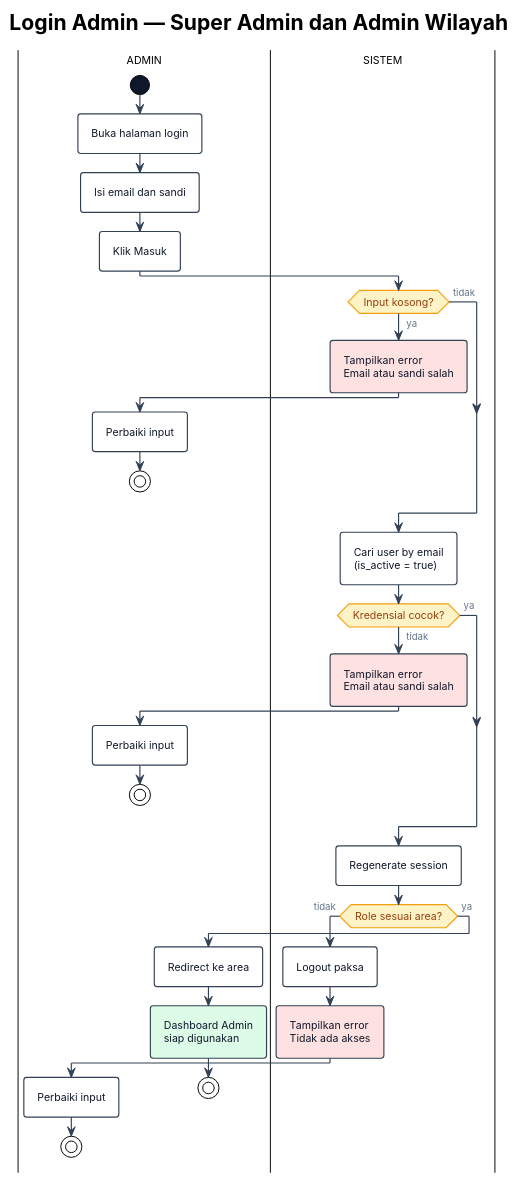
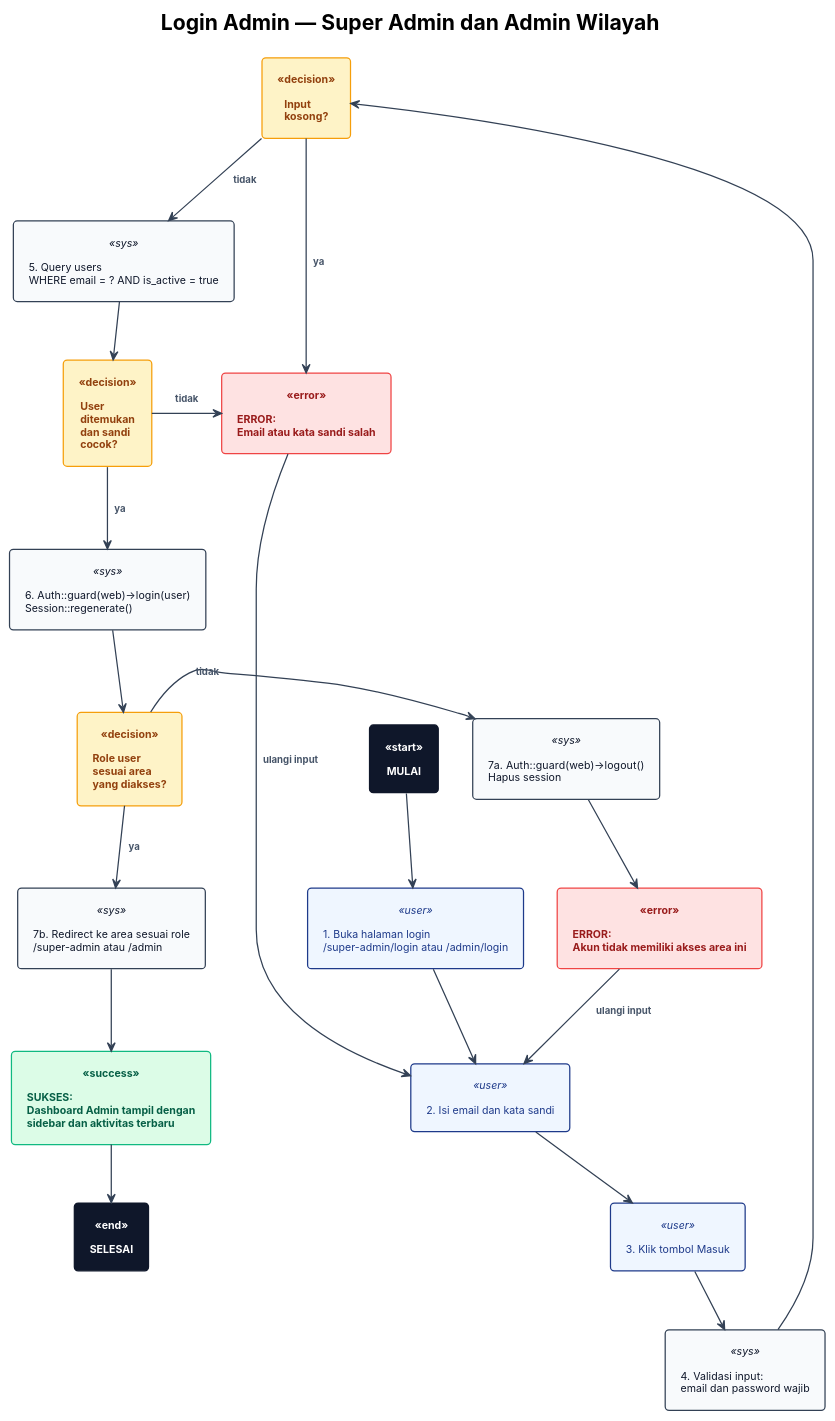
One commit to radacore/absensi-pu changed the diagram in docs/activity-diagrams/src/01-login-admin.puml. Above: the diagram before and after it, drawn with PlantUML. The commit also changed 2 other files, not shown here.

Commit message:
docs(diagram): ganti login admin ke flowchart plantuml biasa
tinggalkan sintaks activity swimlane karena hasil tetap kurang
rapi, ganti dengan rectangle-based flowchart plantuml pakai
stereotype untuk kategorisasi warna node:
- start end hitam pekat
- aktor biru muda
- sistem abu-abu putih
- keputusan kuning
- error merah muda
- sukses hijau muda

layout arah down dengan cabang samping untuk error, tiap node
diberi nomor urut supaya mudah dibaca dan dipetakan ke langkah
detail di catatan markdown

tambah legenda warna dan bagian langkah-langkah detail 8 poin
di markdown untuk melengkapi diagram, plus tetap dokumentasi
implementasi controller

```diff
--- a/docs/activity-diagrams/src/01-login-admin.puml
+++ b/docs/activity-diagrams/src/01-login-admin.puml
@@ -1,84 +1,117 @@
 @startuml 01-login-admin
 !theme plain
 title Login Admin — Super Admin dan Admin Wilayah
 
-' ── Skinparam global (kompak dan rapi) ────────────────────────
+' ── Skinparam ────────────────────────────────────────────────
 skinparam DefaultFontName "Inter"
 skinparam DefaultFontSize 11
-skinparam Padding 4
-skinparam RoundCorner 6
+skinparam Padding 6
+skinparam RoundCorner 8
 skinparam Shadowing false
 skinparam ArrowColor #334155
-skinparam ArrowThickness 1.2
-skinparam ArrowFontColor #64748B
+skinparam ArrowThickness 1.3
+skinparam ArrowFontColor #475569
 skinparam ArrowFontSize 10
+skinparam ArrowFontStyle bold
 
-' ── Activity ─────────────────────────────────────────────────
-skinparam ActivityBackgroundColor #FFFFFF
-skinparam ActivityBorderColor #334155
-skinparam ActivityBorderThickness 1.2
-skinparam ActivityFontColor #0F172A
-skinparam ActivityDiamondBackgroundColor #FEF3C7
-skinparam ActivityDiamondBorderColor #F59E0B
-skinparam ActivityDiamondBorderThickness 1.2
-skinparam ActivityDiamondFontColor #92400E
+skinparam rectangle {
+  BackgroundColor #FFFFFF
+  BorderColor #334155
+  BorderThickness 1.3
+  FontColor #0F172A
+}
 
-' ── Partition swimlane ───────────────────────────────────────
-skinparam PartitionBackgroundColor #F8FAFC
-skinparam PartitionBorderColor #1E3A8A
-skinparam PartitionBorderThickness 1.5
-skinparam PartitionFontStyle bold
-skinparam PartitionFontColor #1E3A8A
-skinparam PartitionFontSize 12
+' ── Node types via stereotype ────────────────────────────────
+skinparam rectangle<<start>> {
+  BackgroundColor #0F172A
+  BorderColor #0F172A
+  FontColor #FFFFFF
+  FontStyle bold
+}
+skinparam rectangle<<end>> {
+  BackgroundColor #0F172A
+  BorderColor #0F172A
+  FontColor #FFFFFF
+  FontStyle bold
+}
+skinparam rectangle<<user>> {
+  BackgroundColor #EFF6FF
+  BorderColor #1E3A8A
+  FontColor #1E3A8A
+}
+skinparam rectangle<<sys>> {
+  BackgroundColor #F8FAFC
+  BorderColor #334155
+  FontColor #0F172A
+}
+skinparam rectangle<<decision>> {
+  BackgroundColor #FEF3C7
+  BorderColor #F59E0B
+  FontColor #92400E
+  FontStyle bold
+}
+skinparam rectangle<<error>> {
+  BackgroundColor #FEE2E2
+  BorderColor #EF4444
+  FontColor #991B1B
+  FontStyle bold
+}
+skinparam rectangle<<success>> {
+  BackgroundColor #DCFCE7
+  BorderColor #10B981
+  FontColor #065F46
+  FontStyle bold
+}
 
-' ── Start/End ────────────────────────────────────────────────
-skinparam ActivityStartColor #0F172A
-skinparam ActivityEndColor #0F172A
+' ── Nodes ────────────────────────────────────────────────────
+rectangle "MULAI" as START <<start>>
 
-|ADMIN|
-start
-:Buka halaman login;
-:Isi email dan sandi;
-:Klik Masuk;
+rectangle "1. Buka halaman login\n/super-admin/login atau /admin/login" as A1 <<user>>
+rectangle "2. Isi email dan kata sandi" as A2 <<user>>
+rectangle "3. Klik tombol Masuk" as A3 <<user>>
 
-|SISTEM|
-if (Input kosong?) then (ya)
-  #FEE2E2:Tampilkan error
-  Email atau sandi salah;
-  |ADMIN|
-  :Perbaiki input;
-  stop
-else (tidak)
-endif
+rectangle "4. Validasi input:\nemail dan password wajib" as S1 <<sys>>
+rectangle "Input\nkosong?" as D1 <<decision>>
 
-|SISTEM|
-:Cari user by email
-(is_active = true);
+rectangle "5. Query users\nWHERE email = ? AND is_active = true" as S2 <<sys>>
+rectangle "User\nditemukan\ndan sandi\ncocok?" as D2 <<decision>>
 
-if (Kredensial cocok?) then (tidak)
-  #FEE2E2:Tampilkan error
-  Email atau sandi salah;
-  |ADMIN|
-  :Perbaiki input;
-  stop
-else (ya)
-endif
+rectangle "6. Auth::guard(web)->login(user)\nSession::regenerate()" as S3 <<sys>>
+rectangle "Role user\nsesuai area\nyang diakses?" as D3 <<decision>>
 
-|SISTEM|
-:Regenerate session;
+rectangle "7a. Auth::guard(web)->logout()\nHapus session" as S4 <<sys>>
+rectangle "7b. Redirect ke area sesuai role\n/super-admin atau /admin" as S5 <<sys>>
 
-if (Role sesuai area?) then (tidak)
-  :Logout paksa;
-  #FEE2E2:Tampilkan error
-  Tidak ada akses;
-  |ADMIN|
-  :Perbaiki input;
-  stop
-else (ya)
-  :Redirect ke area;
-  #DCFCE7:Dashboard Admin
-  siap digunakan;
-  stop
-endif
+rectangle "ERROR:\nEmail atau kata sandi salah" as E1 <<error>>
+rectangle "ERROR:\nAkun tidak memiliki akses area ini" as E2 <<error>>
+
+rectangle "SUKSES:\nDashboard Admin tampil dengan\nsidebar dan aktivitas terbaru" as OK <<success>>
+
+rectangle "SELESAI" as END <<end>>
+
+' ── Flow (top-down) ──────────────────────────────────────────
+START -down-> A1
+A1 -down-> A2
+A2 -down-> A3
+A3 -down-> S1
+S1 -down-> D1
+
+D1 -right-> E1 : ya
+D1 -down-> S2 : tidak
+
+S2 -down-> D2
+D2 -right-> E1 : tidak
+D2 -down-> S3 : ya
+
+S3 -down-> D3
+D3 -right-> S4 : tidak
+S4 -down-> E2
+
+D3 -down-> S5 : ya
+S5 -down-> OK
+OK -down-> END
+
+E1 -down-> A2 : ulangi input
+E2 -down-> A2 : ulangi input
 
 @enduml
```
